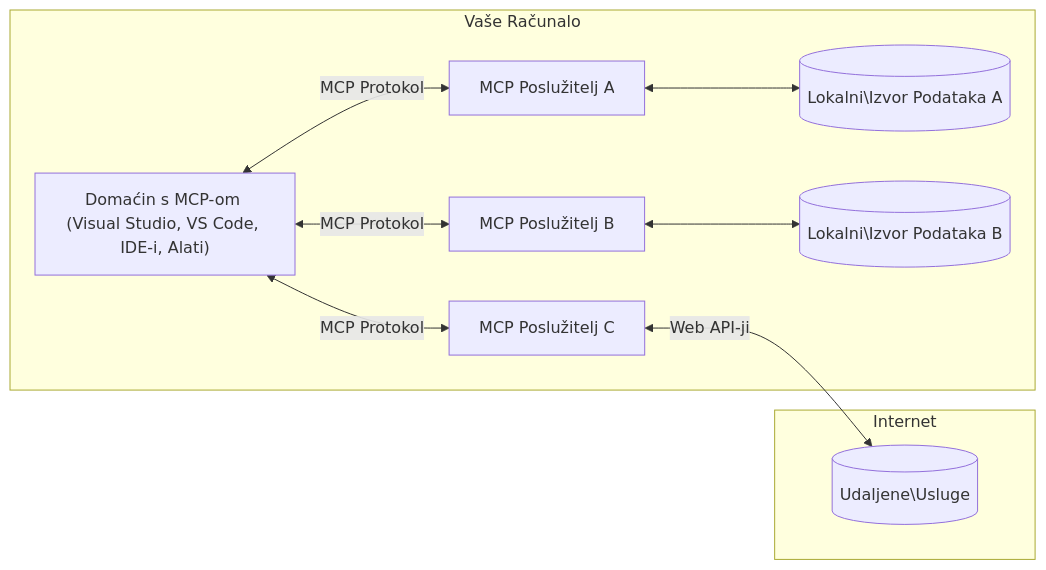
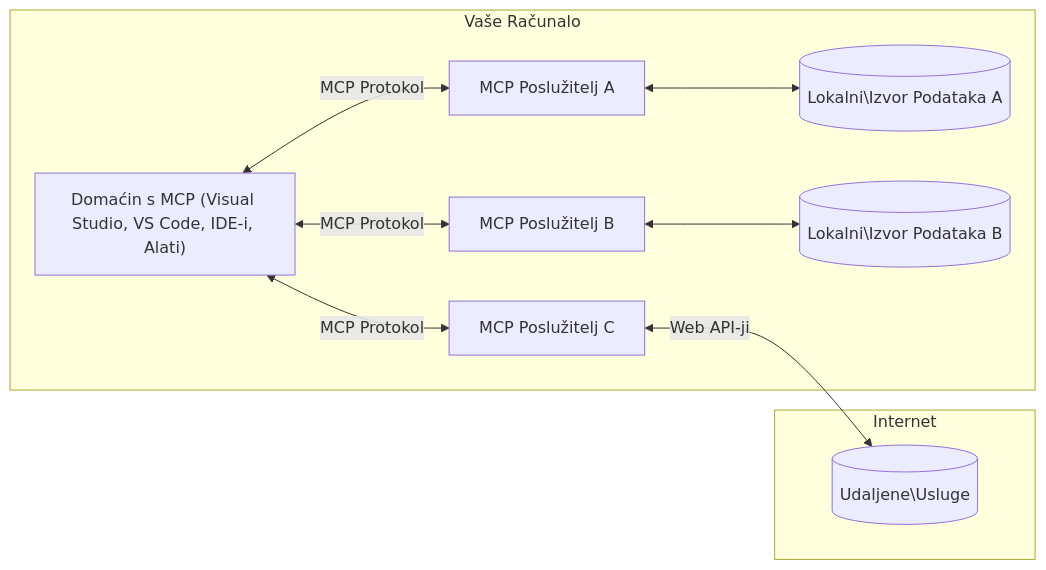
Before and after one commit to Mu-L/mcp-for-beginners: the diagram in translations/hr/01-CoreConcepts/README.md, drawn with Mermaid. The commit also changed other lines of this file and 5 other files, not shown here.

````diff
--- a/translations/hr/01-CoreConcepts/README.md
+++ b/translations/hr/01-CoreConcepts/README.md
@@ -45,17 +45,17 @@
 ```mermaid
 flowchart LR
     subgraph "Vaše Računalo"
-        Host["Domaćin s MCP-om (Visual Studio, VS Code, IDE-i, Alati)"]
+        Host["Domaćin s MCP (Visual Studio, VS Code, IDE-i, Alati)"]
         S1["MCP Poslužitelj A"]
         S2["MCP Poslužitelj B"]
         S3["MCP Poslužitelj C"]
         Host <-->|"MCP Protokol"| S1
         Host <-->|"MCP Protokol"| S2
         Host <-->|"MCP Protokol"| S3
         S1 <--> D1[("Lokalni\Izvor Podataka A")]
         S2 <--> D2[("Lokalni\Izvor Podataka B")]
     end
     subgraph "Internet"
         S3 <-->|"Web API-ji"| D3[("Udaljene\Usluge")]
     end
 ```
````
